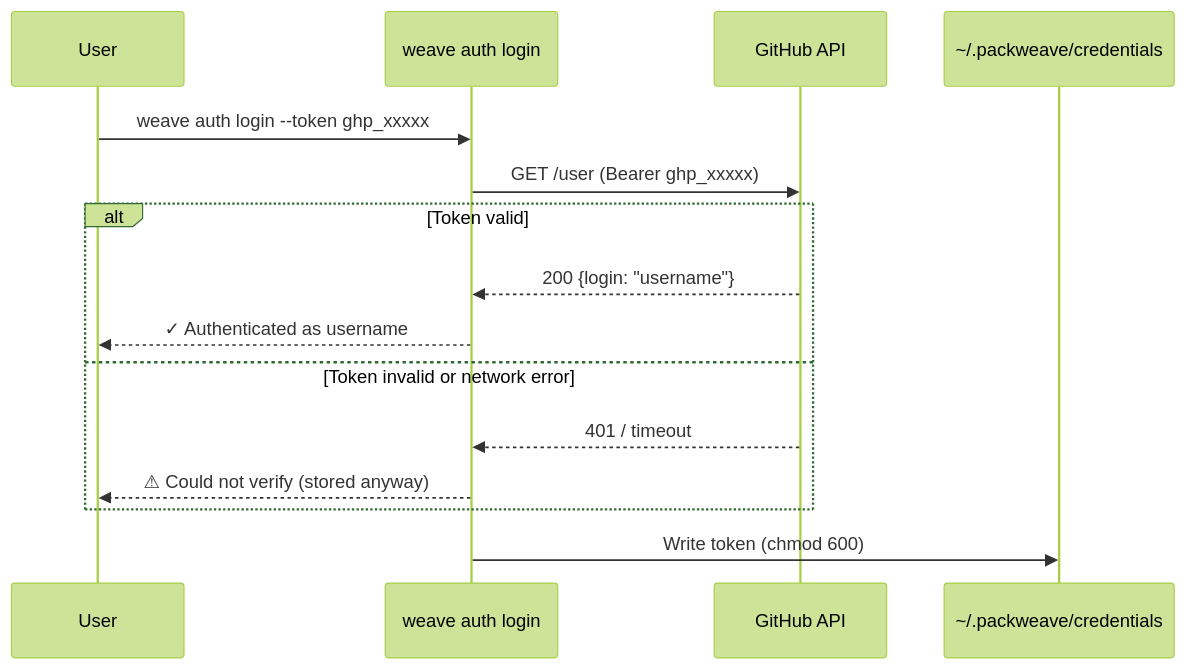
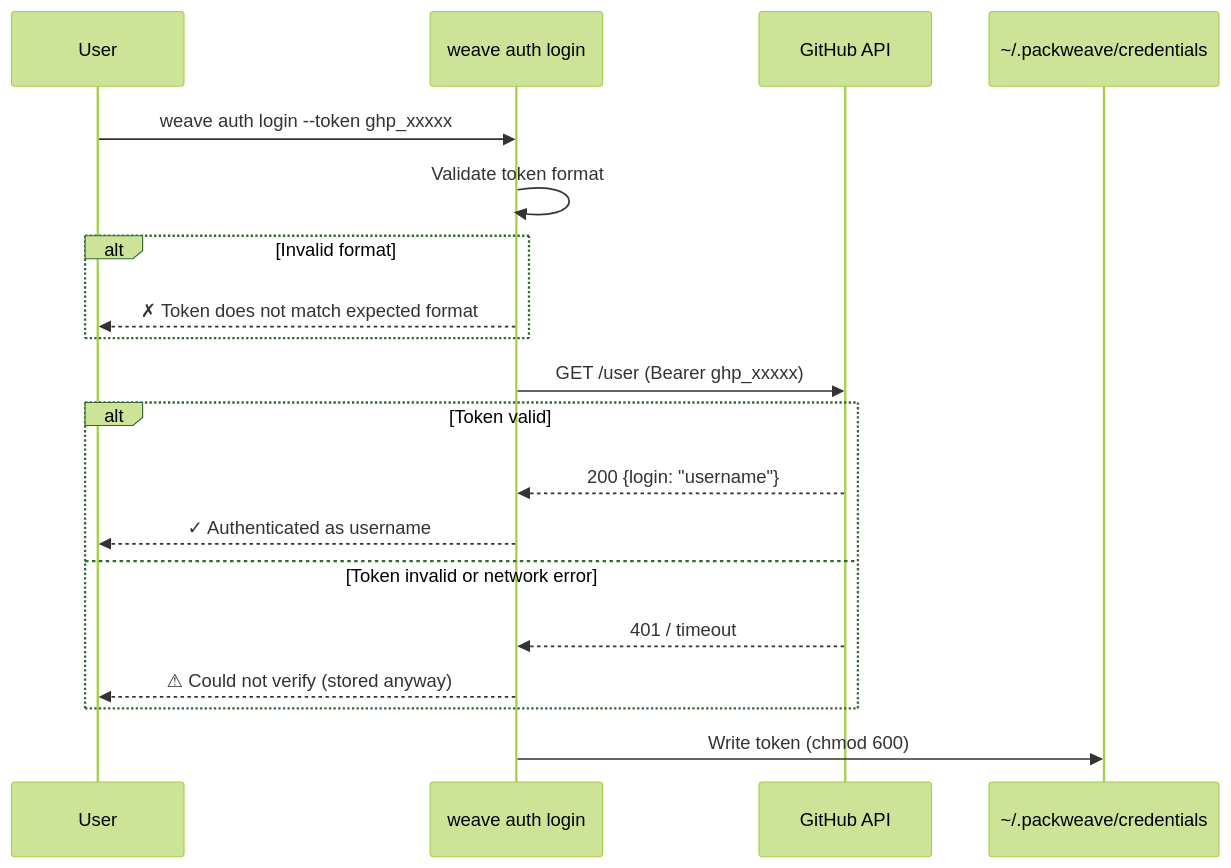
Before and after one commit to PackWeave/weave: the first of 2 diagrams in docs/REGISTRY.md, drawn with Mermaid (forest theme). The commit also changed other lines of this file and 2 other files, not shown here.

First line of the commit message:
docs: fix auth documentation to match trusted-host implementation

````diff
--- a/docs/REGISTRY.md
+++ b/docs/REGISTRY.md
@@ -161,18 +162,22 @@
 ```mermaid
 sequenceDiagram
     participant User
     participant CLI as weave auth login
     participant GH as GitHub API
     participant FS as ~/.packweave/credentials
 
     User->>CLI: weave auth login --token ghp_xxxxx
+    CLI->>CLI: Validate token format
+    alt Invalid format
+        CLI-->>User: ✗ Token does not match expected format
+    end
     CLI->>GH: GET /user (Bearer ghp_xxxxx)
     alt Token valid
         GH-->>CLI: 200 {login: "username"}
         CLI-->>User: ✓ Authenticated as username
     else Token invalid or network error
         GH-->>CLI: 401 / timeout
         CLI-->>User: ⚠ Could not verify (stored anyway)
     end
     CLI->>FS: Write token (chmod 600)
 ```
````
